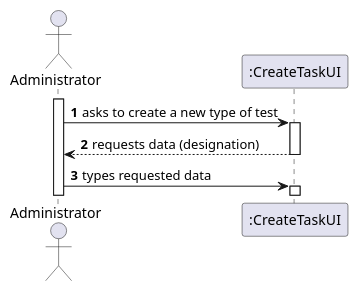
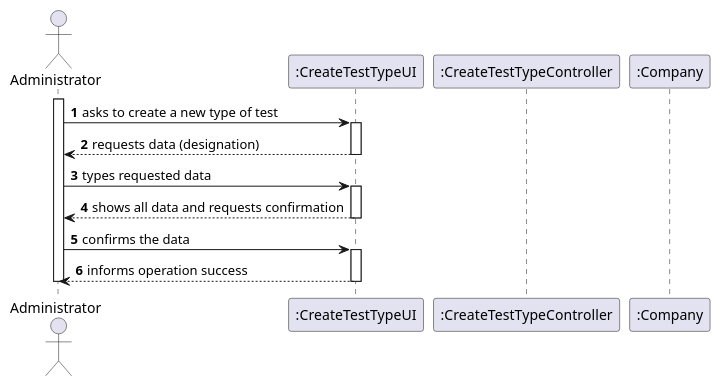
One commit to manu-07-ela/LAPR2_ISEP changed the diagram in docs/SprintB/US09/US09_SD.puml. Above: the diagram before and after it, drawn with PlantUML. The commit also changed 1 other file, not shown here.

```diff
--- a/docs/SprintB/US09/US09_SD.puml
+++ b/docs/SprintB/US09/US09_SD.puml
@@ -1,19 +1,31 @@
 @startuml
 autonumber
 'hide footbox
 actor "Administrator" as Adm
 
-participant ":CreateTaskUI" as UI
+participant ":CreateTestTypeUI" as UI
+participant ":CreateTestTypeController" as CTRL
+participant ":Company" as Comp
 
 activate Adm
 Adm -> UI : asks to create a new type of test
 activate UI
 UI --> Adm : requests data (designation)
 deactivate UI
 
 Adm -> UI : types requested data
 activate UI
+UI --> Adm : shows all data and requests confirmation
+deactivate UI
+
+Adm -> UI : confirms the data
+activate UI
+UI --> Adm : informs operation success
+deactivate UI
+
+deactivate Adm
+
 
 
 
 @enduml
```
